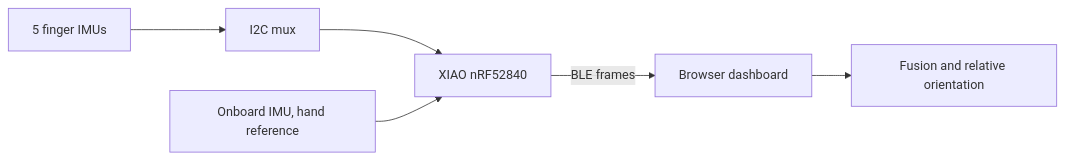
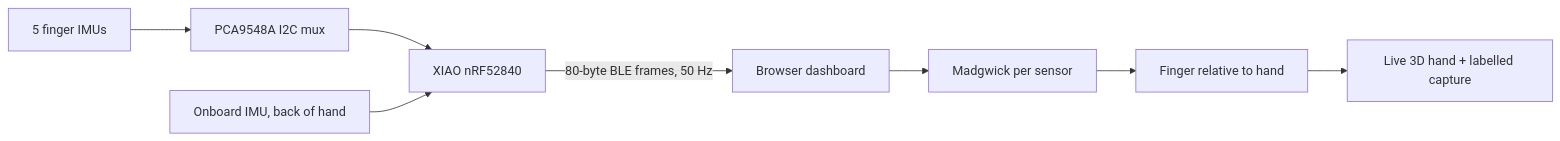
The diagram in README.md (PiyushPapaya/Cheirograph), drawn with Mermaid before and after one commit. The commit also changed other lines of this file and 30 other files, not shown here.

````diff
--- a/README.md
+++ b/README.md
@@ -39,8 +50,10 @@
 ```mermaid
 flowchart LR
-    F[5 finger IMUs] --> MUX[I2C mux]
+    F[5 finger IMUs] --> MUX[PCA9548A I2C mux]
     MUX --> MCU[XIAO nRF52840]
-    H[Onboard IMU, hand reference] --> MCU
-    MCU -->|BLE frames| DASH[Browser dashboard]
-    DASH --> REL[Fusion and relative orientation]
+    H[Onboard IMU, back of hand] --> MCU
+    MCU -->|80-byte BLE frames, 50 Hz| DASH[Browser dashboard]
+    DASH --> FUS[Madgwick per sensor]
+    FUS --> REL[Finger relative to hand]
+    REL --> VIS[Live 3D hand + labelled capture]
 ```
````
